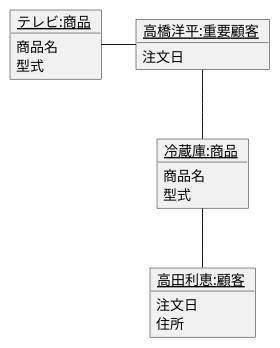
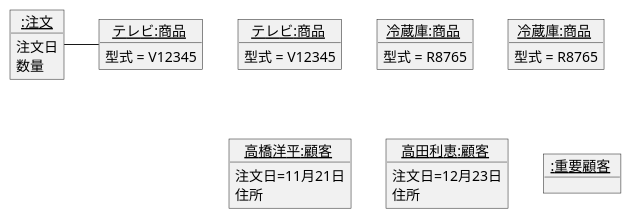
Before and after one commit to nagayamasaki/umi-intro: the diagram in 演習3/演習3-7_OBJ_注文のオブジェクト図.pu, drawn with PlantUML. The commit also changed 2 other files, not shown here.

```diff
--- a/演習3/演習3-7_OBJ_注文のオブジェクト図.pu
+++ b/演習3/演習3-7_OBJ_注文のオブジェクト図.pu
@@ -1,31 +1,46 @@
 @startuml  
 
-object "<u>テレビ:商品 </u>" as merchandise1 {
-商品名
-型式
+object "<u>テレビ:商品 </u>" as television1 {
+型式 = V12345
 }
 
-object "<u>冷蔵庫:商品 </u>" as merchandise2 {
-商品名
-型式
+object "<u>テレビ:商品 </u>" as television2 {
+型式 = V12345
+}
+
+object "<u>冷蔵庫:商品 </u>" as refrigerator1 {
+型式 = R8765
+}
+
+object "<u>冷蔵庫:商品 </u>" as refrigerator2 {
+型式 = R8765
 }
 
 
-' object "<u>:注文 </u>" as  {
-' 注文日
-' 数量
-' }
+object "<u>:注文</u>" as order {
+注文日
+数量
+}
 
-object "<u>高田利恵:顧客 </u>" as customer {
-注文日
+object "<u>高橋洋平:顧客 </u>" as customer {
+注文日=11月21日
 住所
 }
 
-object "<u>高橋洋平:重要顧客 </u>" as importantcustomer {
-注文日
+object "<u>高田利恵:顧客 </u>" as customer2 {
+注文日=12月23日
+住所
 }
 
-merchandise1 -ri- importantcustomer
-merchandise2 -up- importantcustomer
-merchandise2 -- customer
+object "<u>:重要顧客 </u>" as importantcustomer {
+}
+
+' customer -- television1
+' customer -- television2
+' customer -- refrigerator1
+' importantcustomer -- customer
+' customer2 -- refrigerator2
+
+order -ri- television1
+
 @enduml
```
